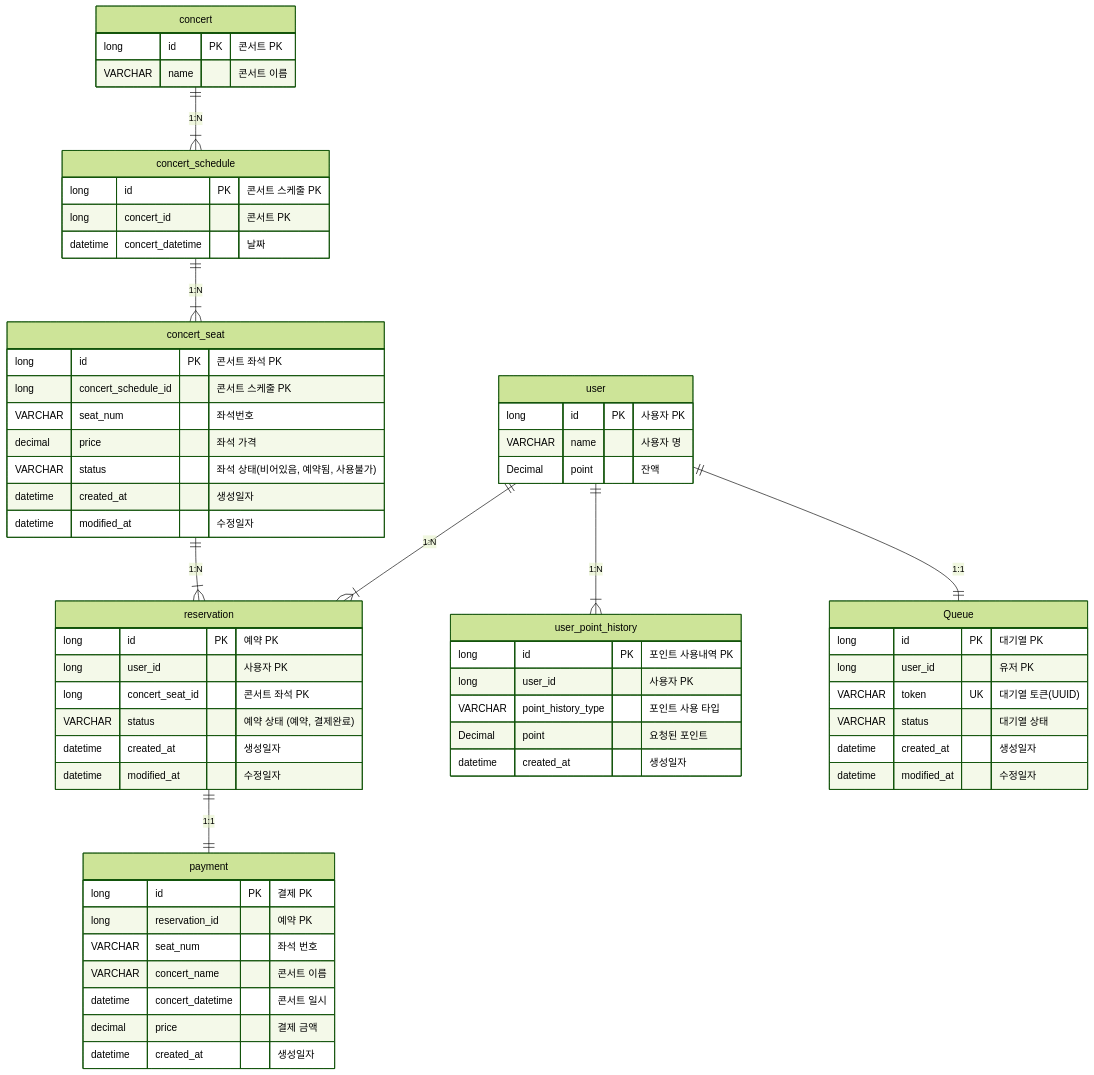
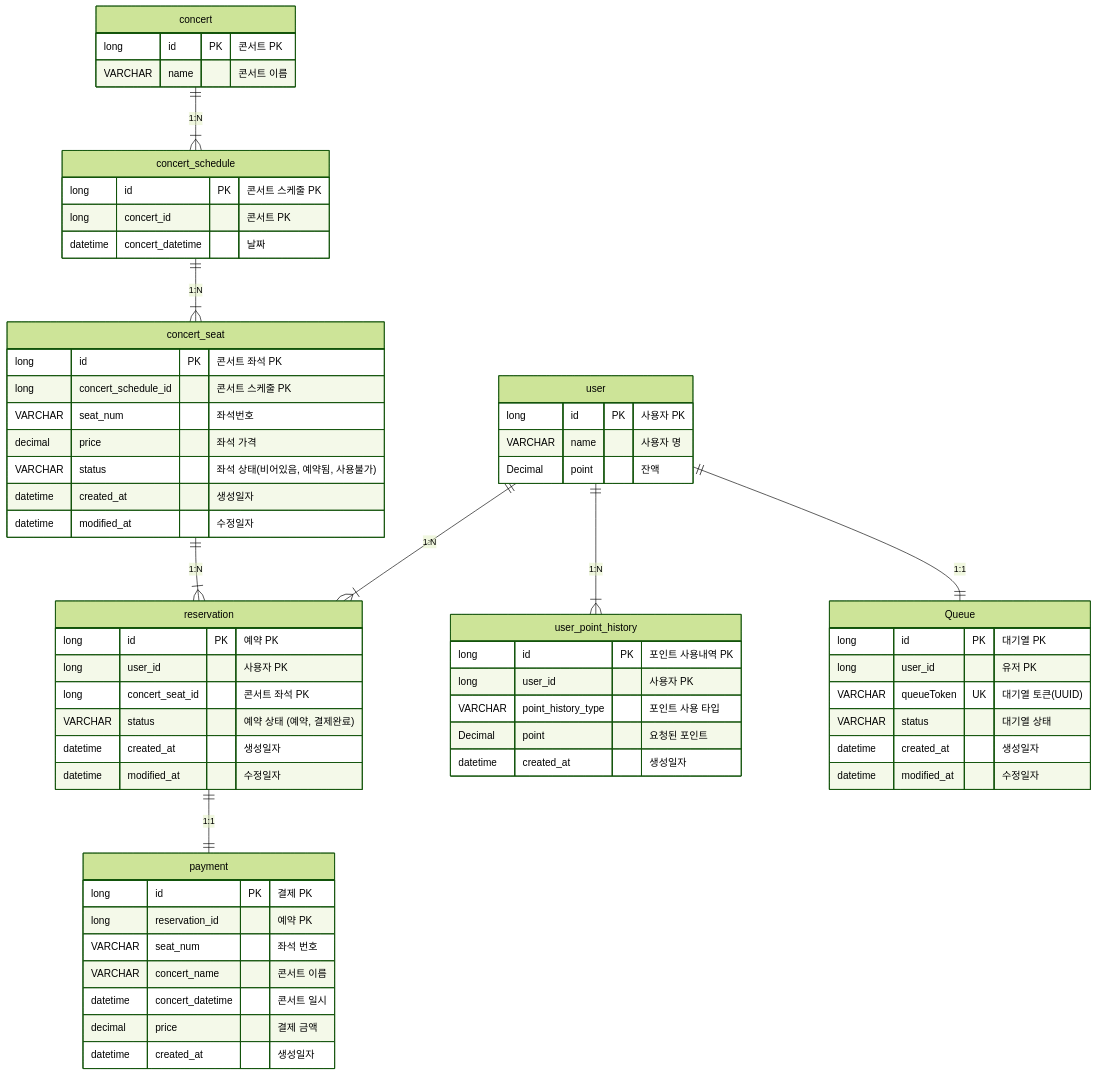
The diagram in README.md (wn1331/Concert-Reservation-Service), drawn with Mermaid (forest theme) before and after one commit. The commit also changed 71 other files, not shown here.

````diff
--- a/README.md
+++ b/README.md
@@ -31,72 +31,72 @@
 ```mermaid
 erDiagram
     concert ||--|{ concert_schedule: "1:N"
     concert_schedule ||--|{ concert_seat: "1:N"
     concert_seat ||--|{ reservation: "1:N"
     user ||--|{ user_point_history: "1:N"
     user ||--|{ reservation: "1:N"
     user ||--|| Queue: "1:1"
     reservation ||--|| payment: "1:1"
 
     concert {
         long id PK "콘서트 PK"
         VARCHAR name "콘서트 이름"
     }
     concert_schedule {
         long id PK "콘서트 스케줄 PK"
         long concert_id "콘서트 PK"
         datetime concert_datetime "날짜"
     }
     concert_seat {
         long id PK "콘서트 좌석 PK"
         long concert_schedule_id "콘서트 스케줄 PK"
         VARCHAR seat_num "좌석번호"
         decimal price "좌석 가격"
         VARCHAR status "좌석 상태(비어있음, 예약됨, 사용불가)"
         datetime created_at "생성일자"
         datetime modified_at "수정일자"
     }
 
     user {
         long id PK "사용자 PK"
         VARCHAR name "사용자 명"
         Decimal point "잔액"
     }
 
     user_point_history {
         long id PK "포인트 사용내역 PK"
         long user_id "사용자 PK"
         VARCHAR point_history_type "포인트 사용 타입"
         Decimal point "요청된 포인트"
         datetime created_at "생성일자"
     }
 
     payment {
         long id PK "결제 PK"
         long reservation_id "예약 PK"
         VARCHAR seat_num "좌석 번호"
         VARCHAR concert_name "콘서트 이름"
         datetime concert_datetime "콘서트 일시"
         decimal price "결제 금액"
         datetime created_at "생성일자"
     }
 
     reservation {
         long id PK "예약 PK"
         long user_id "사용자 PK"
         long concert_seat_id "콘서트 좌석 PK"
         VARCHAR status "예약 상태 (예약, 결제완료)"
         datetime created_at "생성일자"
         datetime modified_at "수정일자"
     }
 
     Queue {
         long id PK "대기열 PK"
         long user_id "유저 PK"
-        VARCHAR token UK "대기열 토큰(UUID)"
+        VARCHAR queueToken UK "대기열 토큰(UUID)"
         VARCHAR status "대기열 상태"
         datetime created_at "생성일자"
         datetime modified_at "수정일자"
     }
 
 ```
````
